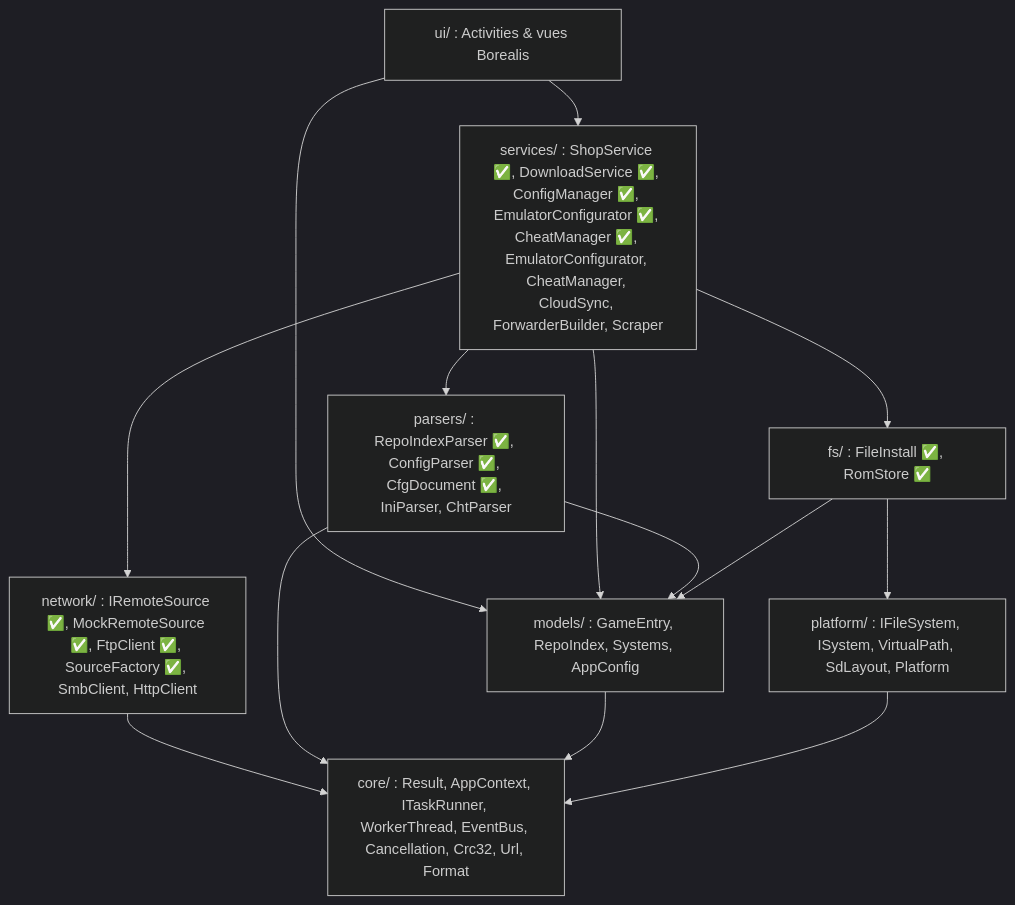
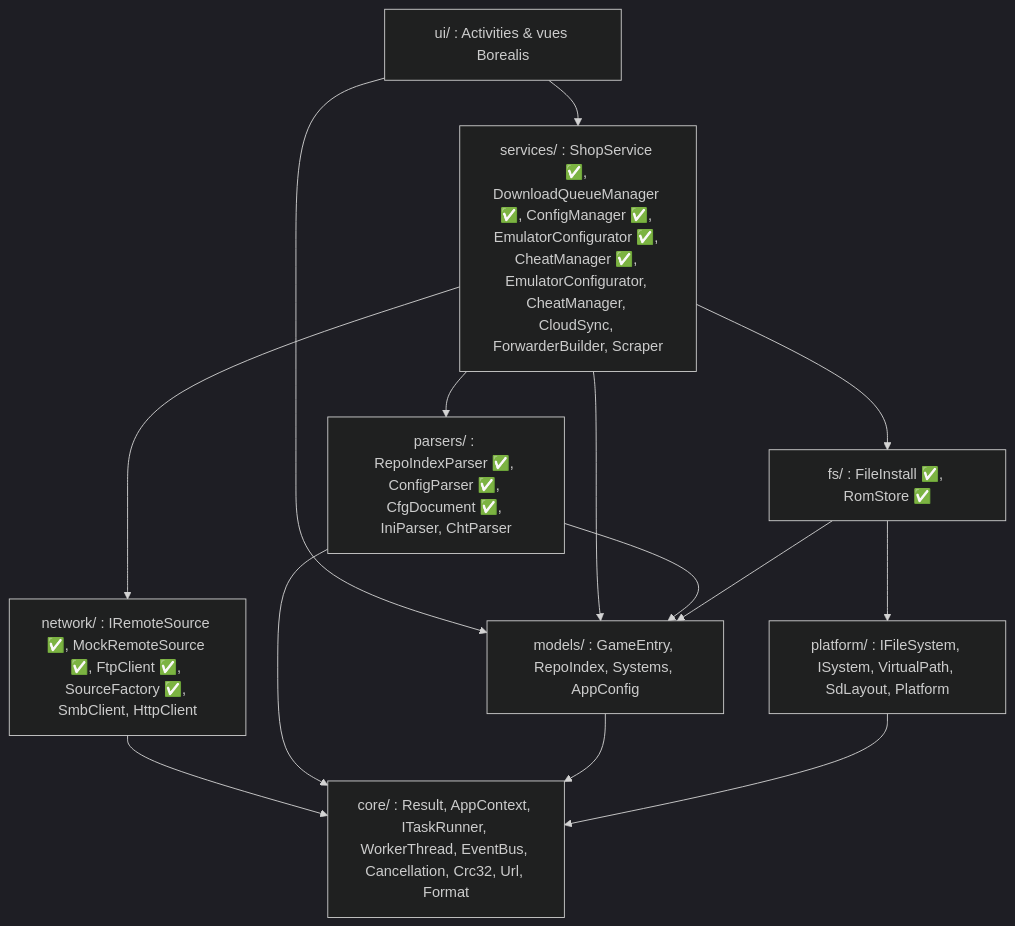
The first of 5 diagrams in retromanager/ARCHITECTURE.md (leo3438/my_little_shop_discord.py), drawn with Mermaid (dark theme) before and after one commit. The commit also changed other lines of this file and 4 other files, not shown here.

First line of the commit message:
RetroManager docs: download queue, resume, Phase 8

````diff
--- a/retromanager/ARCHITECTURE.md
+++ b/retromanager/ARCHITECTURE.md
@@ -31,25 +31,25 @@
 ```mermaid
 graph TD
     UI["ui/ : Activities & vues Borealis"]
-    SVC["services/ : ShopService ✅, DownloadService ✅, ConfigManager ✅, EmulatorConfigurator ✅, CheatManager ✅, EmulatorConfigurator, CheatManager, CloudSync, ForwarderBuilder, Scraper"]
+    SVC["services/ : ShopService ✅, DownloadQueueManager ✅, ConfigManager ✅, EmulatorConfigurator ✅, CheatManager ✅, EmulatorConfigurator, CheatManager, CloudSync, ForwarderBuilder, Scraper"]
     PARSE["parsers/ : RepoIndexParser ✅, ConfigParser ✅, CfgDocument ✅, IniParser, ChtParser"]
     FS["fs/ : FileInstall ✅, RomStore ✅"]
     NET["network/ : IRemoteSource ✅, MockRemoteSource ✅, FtpClient ✅, SourceFactory ✅, SmbClient, HttpClient"]
     PLAT["platform/ : IFileSystem, ISystem, VirtualPath, SdLayout, Platform"]
     CORE["core/ : Result, AppContext, ITaskRunner, WorkerThread, EventBus, Cancellation, Crc32, Url, Format"]
     MODELS["models/ : GameEntry, RepoIndex, Systems, AppConfig"]
 
     UI --> SVC
     UI --> MODELS
     SVC --> MODELS
     PARSE --> MODELS
     SVC --> PARSE
     SVC --> FS
     SVC --> NET
     FS --> PLAT
     FS --> MODELS
     NET --> CORE
     PARSE --> CORE
     MODELS --> CORE
     PLAT --> CORE
 ```
````
